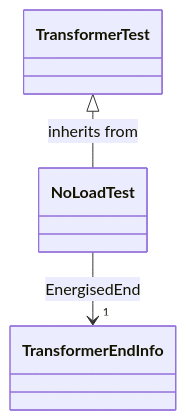
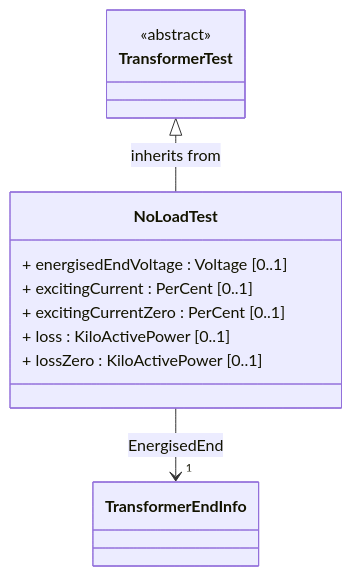
Before and after one commit to PNNL-CIM-Tools/CIM-Graph: the second of 14 diagrams in cimgraph/data_profile/cim18gmdm/asset/Asset.rdfs-t2b.md, drawn with Mermaid. The commit also changed other lines of this file and 28 other files, not shown here.

````diff
--- a/cimgraph/data_profile/cim18gmdm/asset/Asset.rdfs-t2b.md
+++ b/cimgraph/data_profile/cim18gmdm/asset/Asset.rdfs-t2b.md
@@ -157,7 +133,22 @@
 ```mermaid
 classDiagram
-class NoLoadTest{
+direction TB
+
+class NoLoadTest {
++ energisedEndVoltage : Voltage [0..1]
++ excitingCurrent : PerCent [0..1]
++ excitingCurrentZero : PerCent [0..1]
++ loss : KiloActivePower [0..1]
++ lossZero : KiloActivePower [0..1]
 }
+
+class TransformerTest {
+<<abstract>>
+}
+
 TransformerTest <|-- NoLoadTest : inherits from
+class TransformerEndInfo {
+}
+
 NoLoadTest --> "1" TransformerEndInfo : EnergisedEnd
 ```
````
